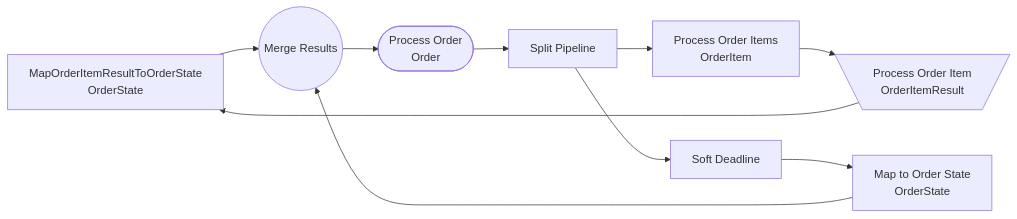
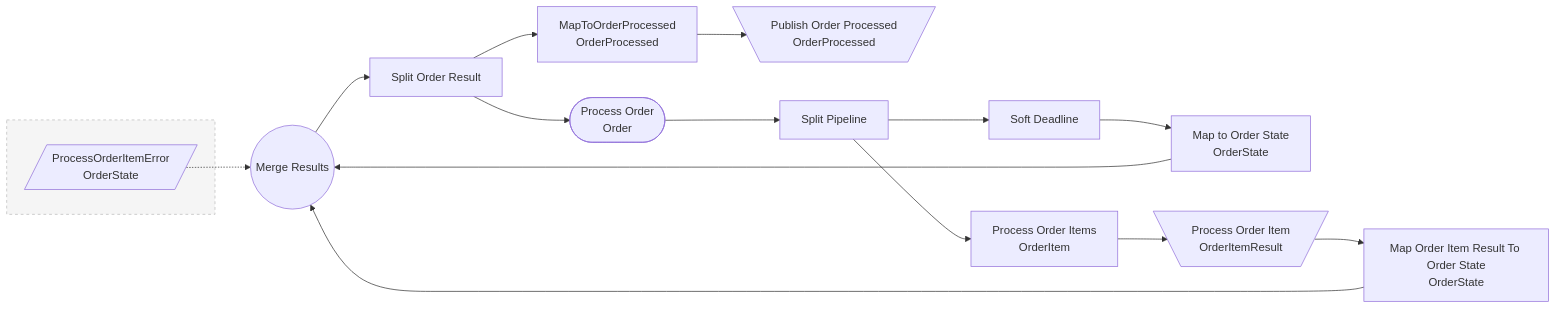
The diagram in orderservice/docs/order.md (gorundebug/goexample), drawn with Mermaid before and after one commit. The commit also changed 82 other files, not shown here.

````diff
--- a/orderservice/docs/order.md
+++ b/orderservice/docs/order.md
@@ -3,25 +3,39 @@
 ```mermaid
 flowchart LR
-  s5["MapOrderItemResultToOrderState
+  subgraph ext[" "]
+    style ext fill:#f5f5f5,stroke:#bbb,stroke-dasharray:4
+    s46[/"ProcessOrderItemError
+OrderState"/]
+  end
+  s47["Map Order Item Result To Order State
 OrderState"]
-  s6["Map to Order State
+  s48["MapToOrderProcessed
+OrderProcessed"]
+  s49["Map to Order State
 OrderState"]
-  s7(("Merge Results"))
-  s8(["Process Order
+  s50(("Merge Results"))
+  s51(["Process Order
 Order"])
-  s9[\"Process Order Item
+  s52[\"Process Order Item
 OrderItemResult"/]
-  s10["Process Order Items
+  s53["Process Order Items
 OrderItem"]
-  s11["Soft Deadline"]
-  s12["Split Pipeline"]
-  s9 --> s5
-  s11 --> s6
-  s6 --> s7
-  s5 --> s7
-  s7 --> s8
-  s10 --> s9
-  s12 --> s10
-  s12 --> s11
-  s8 --> s12
+  s54[\"Publish Order Processed
+OrderProcessed"/]
+  s55["Soft Deadline"]
+  s56["Split Order Result"]
+  s57["Split Pipeline"]
+  s52 --> s47
+  s56 --> s48
+  s55 --> s49
+  s49 --> s50
+  s47 --> s50
+  s46 -.-> s50
+  s56 --> s51
+  s53 --> s52
+  s57 --> s53
+  s48 --> s54
+  s57 --> s55
+  s50 --> s56
+  s51 --> s57
 ```
````
